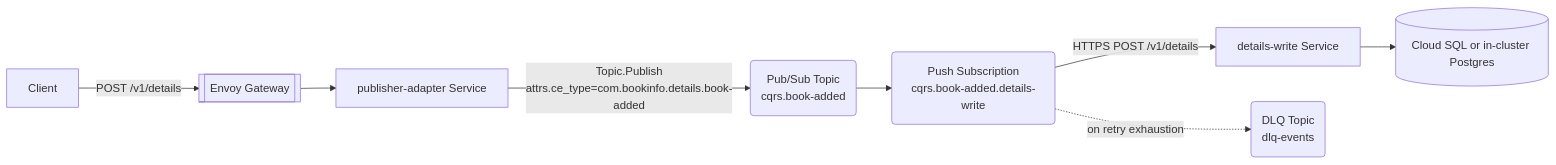
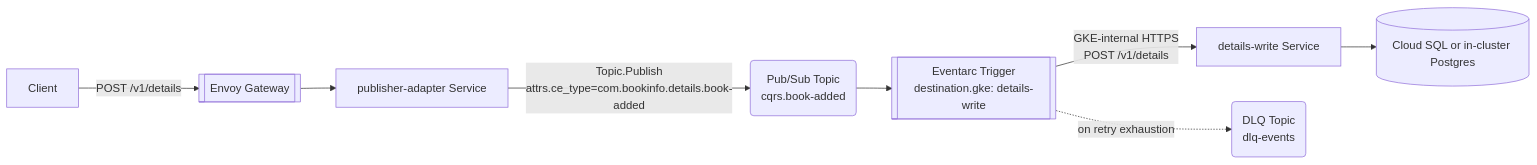
Before and after one commit to kaio6fellipe/event-driven-bookinfo: the second of 2 diagrams in docs/comparisons/argo-events-vs-pubsub-eventarc/01-cqrs.md, drawn with Mermaid. The commit also changed other lines of this file and 5 other files, not shown here.

````diff
--- a/docs/comparisons/argo-events-vs-pubsub-eventarc/01-cqrs.md
+++ b/docs/comparisons/argo-events-vs-pubsub-eventarc/01-cqrs.md
@@ -41,10 +41,10 @@
 ```mermaid
 flowchart LR
     Client[Client] -->|POST /v1/details| GW[[Envoy Gateway]]
     GW --> Pub[publisher-adapter Service]
     Pub -->|"Topic.Publish<br/>attrs.ce_type=com.bookinfo.details.book-added"| Topic(Pub/Sub Topic<br/>cqrs.book-added)
-    Topic --> Sub(Push Subscription<br/>cqrs.book-added.details-write)
-    Sub -->|HTTPS POST /v1/details| Write[details-write Service]
+    Topic --> Trigger[[Eventarc Trigger<br/>destination.gke: details-write]]
+    Trigger -->|GKE-internal HTTPS<br/>POST /v1/details| Write[details-write Service]
     Write --> DB[(Cloud SQL or in-cluster Postgres)]
-    Sub -.->|on retry exhaustion| DLQ(DLQ Topic<br/>dlq-events)
+    Trigger -.->|on retry exhaustion| DLQ(DLQ Topic<br/>dlq-events)
 ```
````
